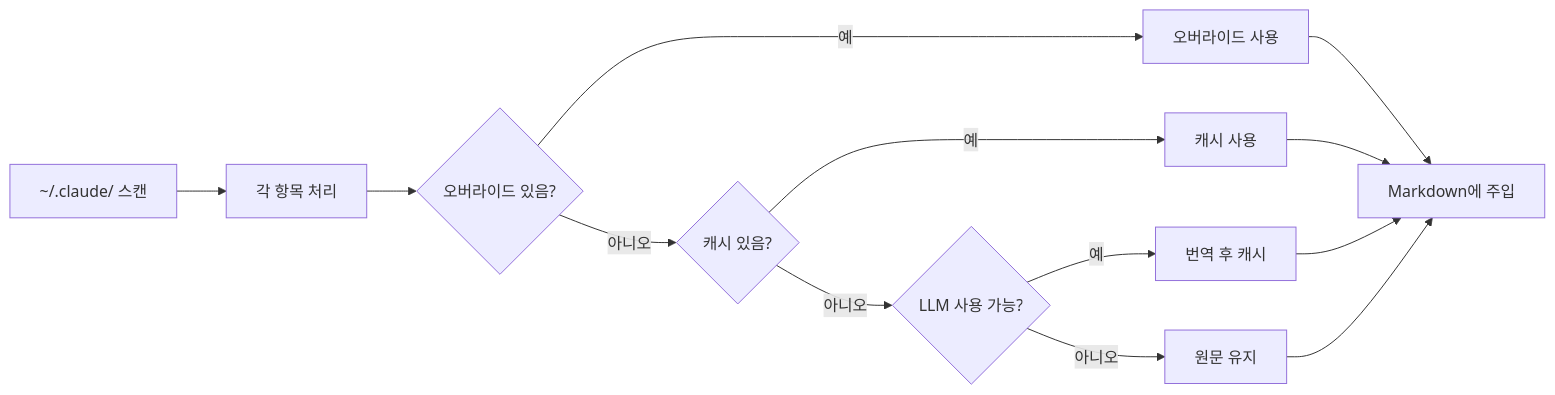
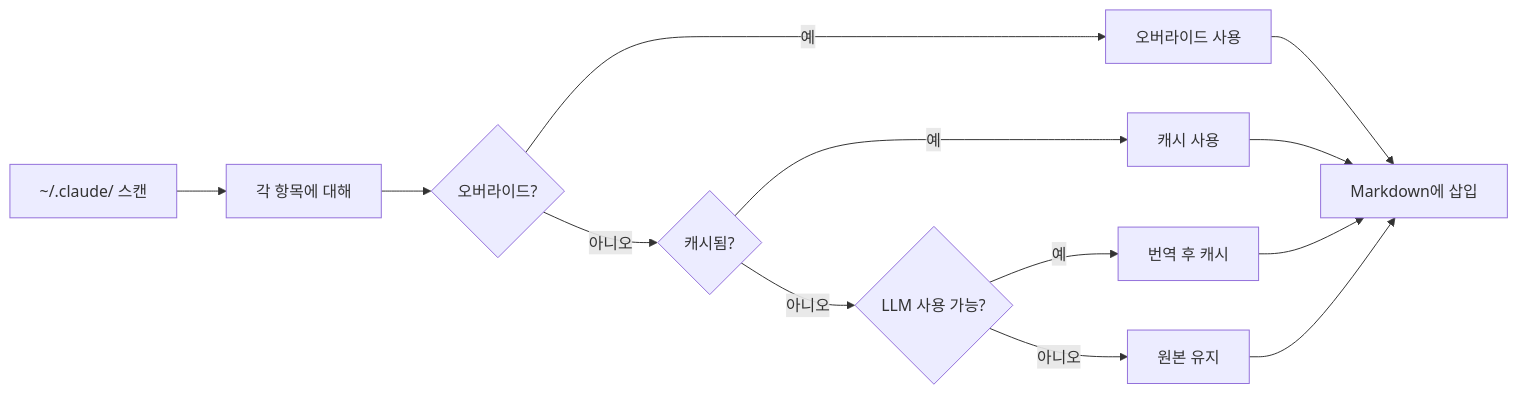
The first of 2 diagrams in README.ko.md (debug-zhuweijian/claude-translator), drawn with Mermaid before and after one commit. The commit also changed other lines of this file and 3 other files, not shown here.

````diff
--- a/README.ko.md
+++ b/README.ko.md
@@ -45,15 +72,15 @@
 ```mermaid
 flowchart LR
-    A[~/.claude/ 스캔] --> B[각 항목 처리]
-    B --> C{오버라이드 있음?}
+    A["~/.claude/ 스캔"] --> B["각 항목에 대해"]
+    B --> C{오버라이드?}
     C -->|예| D[오버라이드 사용]
-    C -->|아니오| E{캐시 있음?}
+    C -->|아니오| E{캐시됨?}
     E -->|예| F[캐시 사용]
     E -->|아니오| G{LLM 사용 가능?}
     G -->|예| H[번역 후 캐시]
-    G -->|아니오| I[원문 유지]
-    D --> J[Markdown에 주입]
+    G -->|아니오| I[원본 유지]
+    D --> J[Markdown에 삽입]
     F --> J
     H --> J
     I --> J
 ```
````
